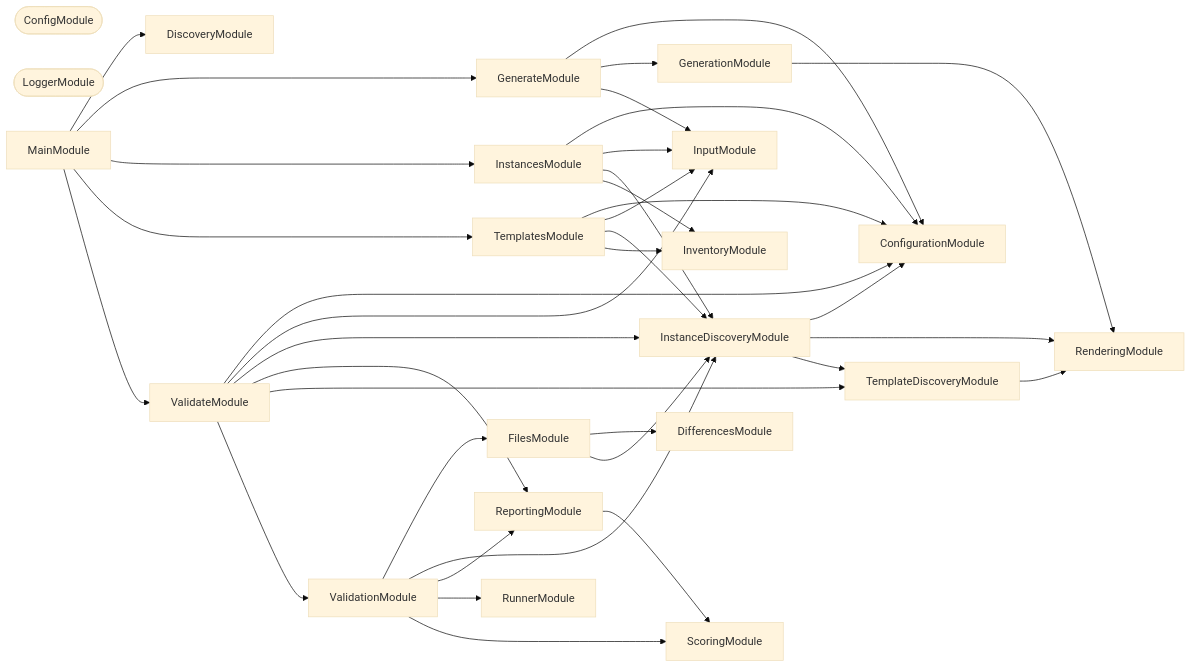
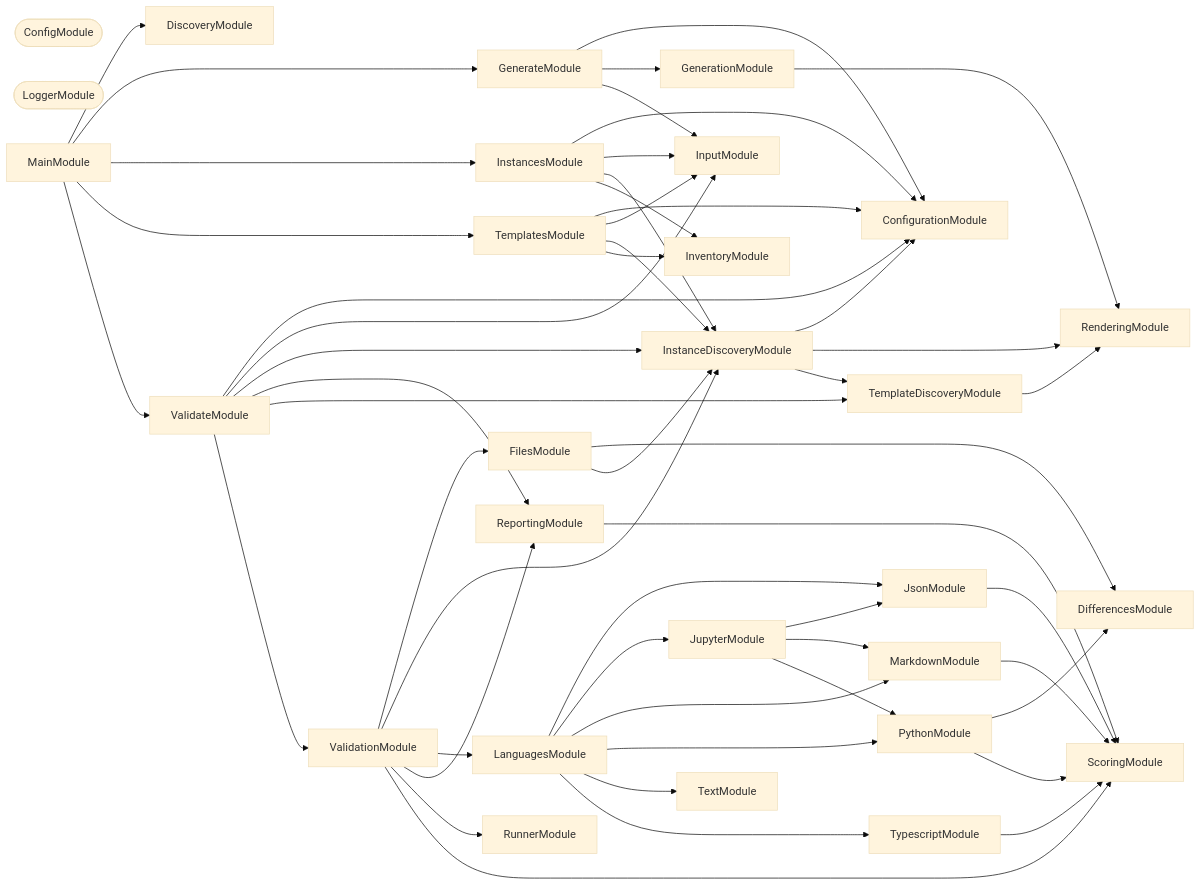
Before and after one commit to JimmyPaolini/codebase: the second of 3 diagrams in packages/conformetry-cli/README.md, drawn with Mermaid (base theme). The commit also changed other lines of this file and 32 other files, not shown here.

````diff
--- a/packages/conformetry-cli/README.md
+++ b/packages/conformetry-cli/README.md
@@ -880,59 +880,81 @@
 ```mermaid
 flowchart LR
   ConfigModule([ConfigModule])
   ConfigurationModule
   DifferencesModule
   DiscoveryModule
   FilesModule
   GenerateModule
   GenerationModule
   InputModule
   InstanceDiscoveryModule
   InstancesModule
   InventoryModule
+  JsonModule
+  JupyterModule
+  LanguagesModule
   LoggerModule([LoggerModule])
   MainModule
+  MarkdownModule
+  PythonModule
   RenderingModule
   ReportingModule
   RunnerModule
   ScoringModule
   TemplateDiscoveryModule
   TemplatesModule
+  TextModule
+  TypescriptModule
   ValidateModule
   ValidationModule
   FilesModule --> DifferencesModule
   FilesModule --> InstanceDiscoveryModule
   GenerateModule --> ConfigurationModule
   GenerateModule --> GenerationModule
   GenerateModule --> InputModule
   GenerationModule --> RenderingModule
   InstanceDiscoveryModule --> ConfigurationModule
   InstanceDiscoveryModule --> RenderingModule
   InstanceDiscoveryModule --> TemplateDiscoveryModule
   InstancesModule --> ConfigurationModule
   InstancesModule --> InputModule
   InstancesModule --> InstanceDiscoveryModule
   InstancesModule --> InventoryModule
+  JsonModule --> ScoringModule
+  JupyterModule --> JsonModule
+  JupyterModule --> MarkdownModule
+  JupyterModule --> PythonModule
+  LanguagesModule --> JsonModule
+  LanguagesModule --> JupyterModule
+  LanguagesModule --> MarkdownModule
+  LanguagesModule --> PythonModule
+  LanguagesModule --> TextModule
+  LanguagesModule --> TypescriptModule
   MainModule --> DiscoveryModule
   MainModule --> GenerateModule
   MainModule --> InstancesModule
   MainModule --> TemplatesModule
   MainModule --> ValidateModule
+  MarkdownModule --> ScoringModule
+  PythonModule --> DifferencesModule
+  PythonModule --> ScoringModule
   ReportingModule --> ScoringModule
   TemplateDiscoveryModule --> RenderingModule
   TemplatesModule --> ConfigurationModule
   TemplatesModule --> InputModule
   TemplatesModule --> InstanceDiscoveryModule
   TemplatesModule --> InventoryModule
+  TypescriptModule --> ScoringModule
   ValidateModule --> ConfigurationModule
   ValidateModule --> InputModule
   ValidateModule --> InstanceDiscoveryModule
   ValidateModule --> ReportingModule
   ValidateModule --> TemplateDiscoveryModule
   ValidateModule --> ValidationModule
   ValidationModule --> FilesModule
   ValidationModule --> InstanceDiscoveryModule
+  ValidationModule --> LanguagesModule
   ValidationModule --> ReportingModule
   ValidationModule --> RunnerModule
   ValidationModule --> ScoringModule
 ```
````
